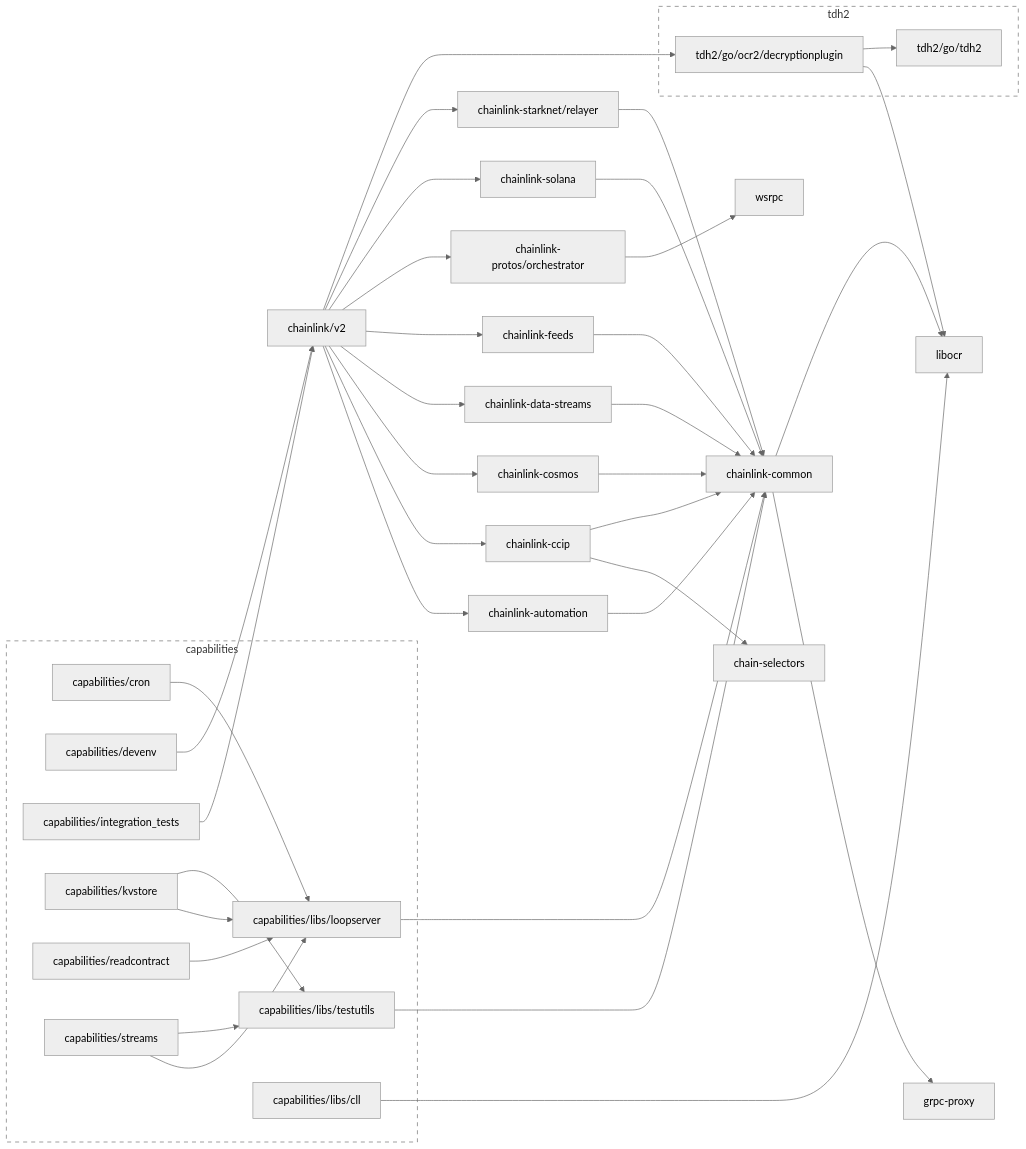
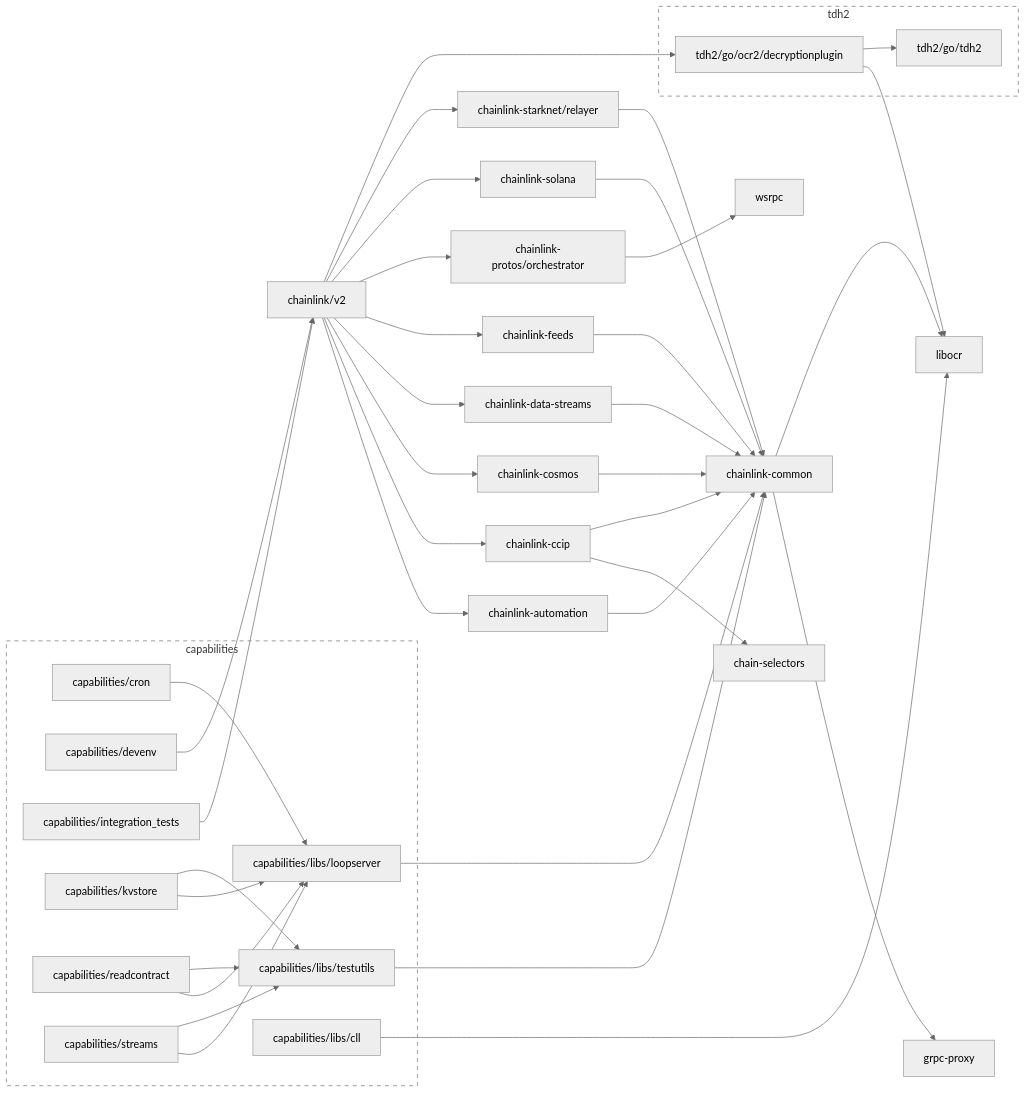
The diagram in go.md (smartcontractkit/capabilities), drawn with Mermaid (neutral theme) before and after one commit.

Commit message:
make modgraph

```diff
--- a/go.md
+++ b/go.md
@@ -18,6 +18,7 @@
 	capabilities/libs/testutils --> chainlink-common
 	click capabilities/libs/testutils href "https://github.com/smartcontractkit/capabilities"
 	capabilities/readcontract --> capabilities/libs/loopserver
+	capabilities/readcontract --> capabilities/libs/testutils
 	click capabilities/readcontract href "https://github.com/smartcontractkit/capabilities"
 	capabilities/streams --> capabilities/libs/loopserver
 	capabilities/streams --> capabilities/libs/testutils
```
